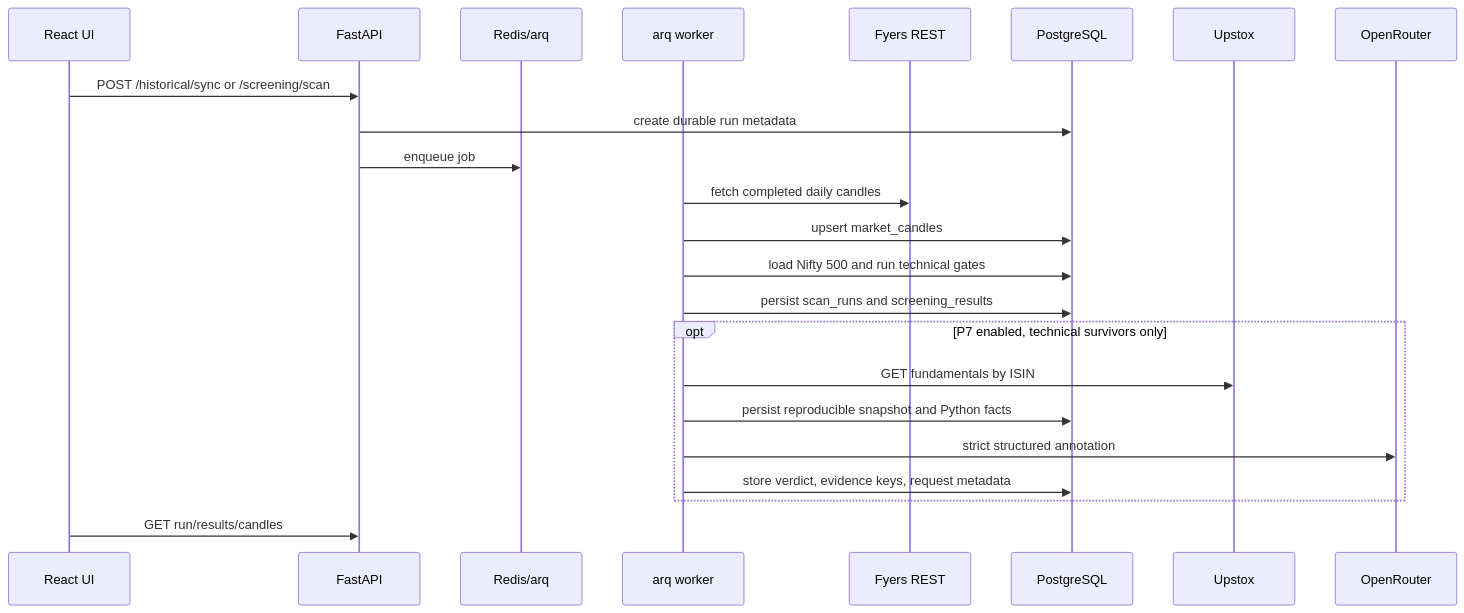
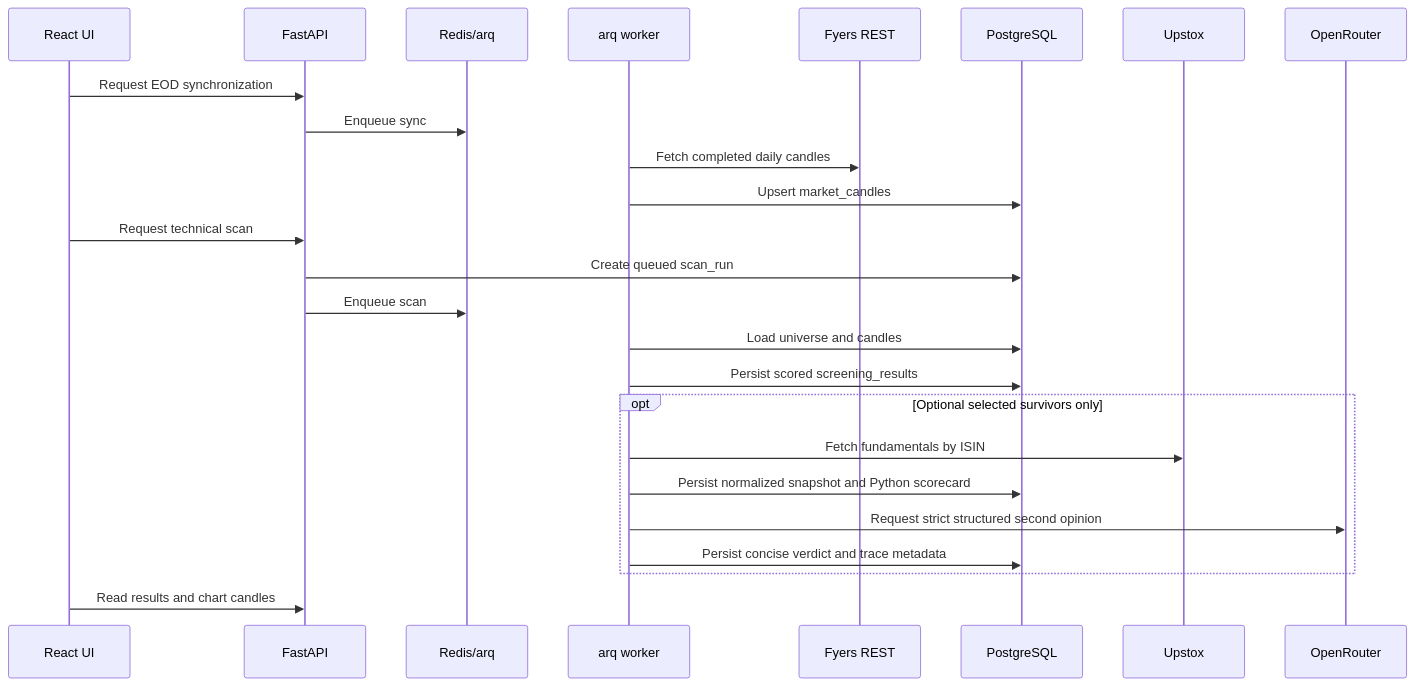
One commit to visheshgubrani/SwingTraderVCP changed the second of 4 diagrams in architecture.md. Above: the diagram before and after it, drawn with Mermaid. The commit also changed other lines of this file and 56 other files, not shown here.

````diff
--- a/architecture.md
+++ b/architecture.md
@@ -336,26 +192,28 @@
-  ```mermaid
-  sequenceDiagram
-      participant UI as React UI
-      participant API as FastAPI
-      participant Q as Redis/arq
-      participant W as arq worker
-      participant FY as Fyers REST
-      participant DB as PostgreSQL
-      participant UP as Upstox
-      participant OR as OpenRouter
+```mermaid
+sequenceDiagram
+    participant UI as React UI
+    participant API as FastAPI
+    participant Q as Redis/arq
+    participant W as arq worker
+    participant FY as Fyers REST
+    participant DB as PostgreSQL
+    participant UP as Upstox
+    participant AI as OpenRouter
 
-      UI->>API: POST /historical/sync or /screening/scan
-      API->>DB: create durable run metadata
-      API->>Q: enqueue job
-      W->>FY: fetch completed daily candles
-      W->>DB: upsert market_candles
-      W->>DB: load Nifty 500 and run technical gates
-      W->>DB: persist scan_runs and screening_results
-      opt P7 enabled, technical survivors only
-          W->>UP: GET fundamentals by ISIN
-          W->>DB: persist reproducible snapshot and Python facts
-          W->>OR: strict structured annotation
-          W->>DB: store verdict, evidence keys, request metadata
-      end
-      UI->>API: GET run/results/candles
-  ```
+    UI->>API: Request EOD synchronization
+    API->>Q: Enqueue sync
+    W->>FY: Fetch completed daily candles
+    W->>DB: Upsert market_candles
+    UI->>API: Request technical scan
+    API->>DB: Create queued scan_run
+    API->>Q: Enqueue scan
+    W->>DB: Load universe and candles
+    W->>DB: Persist scored screening_results
+    opt Optional selected survivors only
+        W->>UP: Fetch fundamentals by ISIN
+        W->>DB: Persist normalized snapshot and Python scorecard
+        W->>AI: Request strict structured second opinion
+        W->>DB: Persist concise verdict and trace metadata
+    end
+    UI->>API: Read results and chart candles
+```
````
